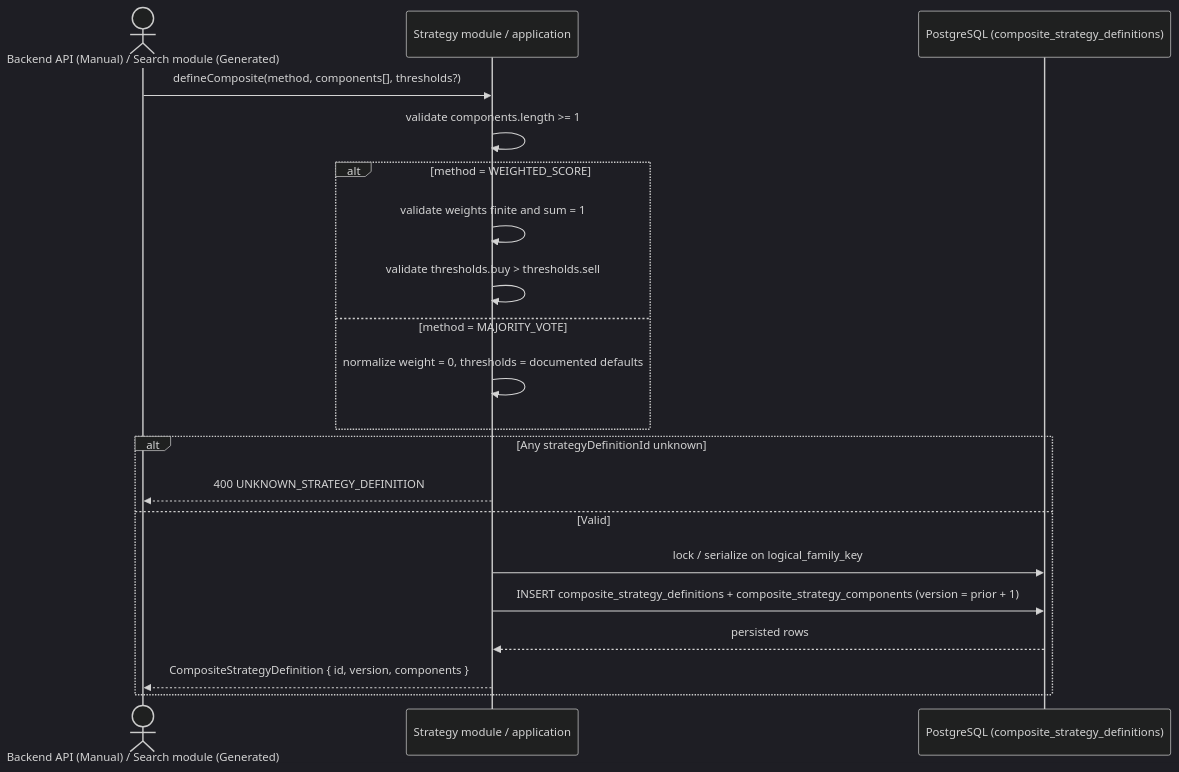
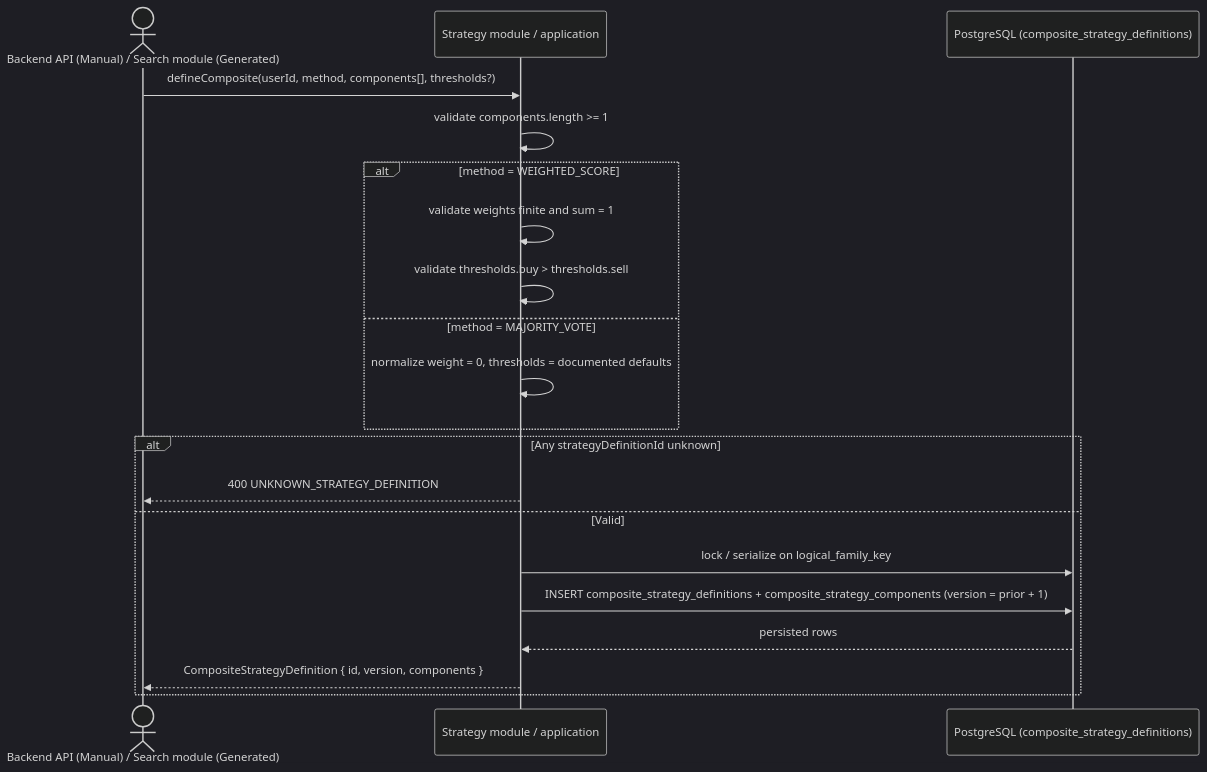
The fourth of 8 diagrams in openspec/specs/strategy-spec.md (thanhdatttt/Cryptox), drawn with Mermaid (dark theme) before and after one commit. The commit also changed other lines of this file and 11 other files, not shown here.

````diff
--- a/openspec/specs/strategy-spec.md
+++ b/openspec/specs/strategy-spec.md
@@ -166,23 +170,23 @@
 ```mermaid
 sequenceDiagram
     actor Caller as Backend API (Manual) / Search module (Generated)
     participant SM as Strategy module / application
     participant PG as PostgreSQL (composite_strategy_definitions)
 
-    Caller->>SM: defineComposite(method, components[], thresholds?)
+    Caller->>SM: defineComposite(userId, method, components[], thresholds?)
     SM->>SM: validate components.length >= 1
     alt method = WEIGHTED_SCORE
         SM->>SM: validate weights finite and sum = 1
         SM->>SM: validate thresholds.buy > thresholds.sell
     else method = MAJORITY_VOTE
         SM->>SM: normalize weight = 0, thresholds = documented defaults
     end
     alt Any strategyDefinitionId unknown
         SM-->>Caller: 400 UNKNOWN_STRATEGY_DEFINITION
     else Valid
         SM->>PG: lock / serialize on logical_family_key
         SM->>PG: INSERT composite_strategy_definitions + composite_strategy_components (version = prior + 1)
         PG-->>SM: persisted rows
         SM-->>Caller: CompositeStrategyDefinition { id, version, components }
     end
 ```
````
